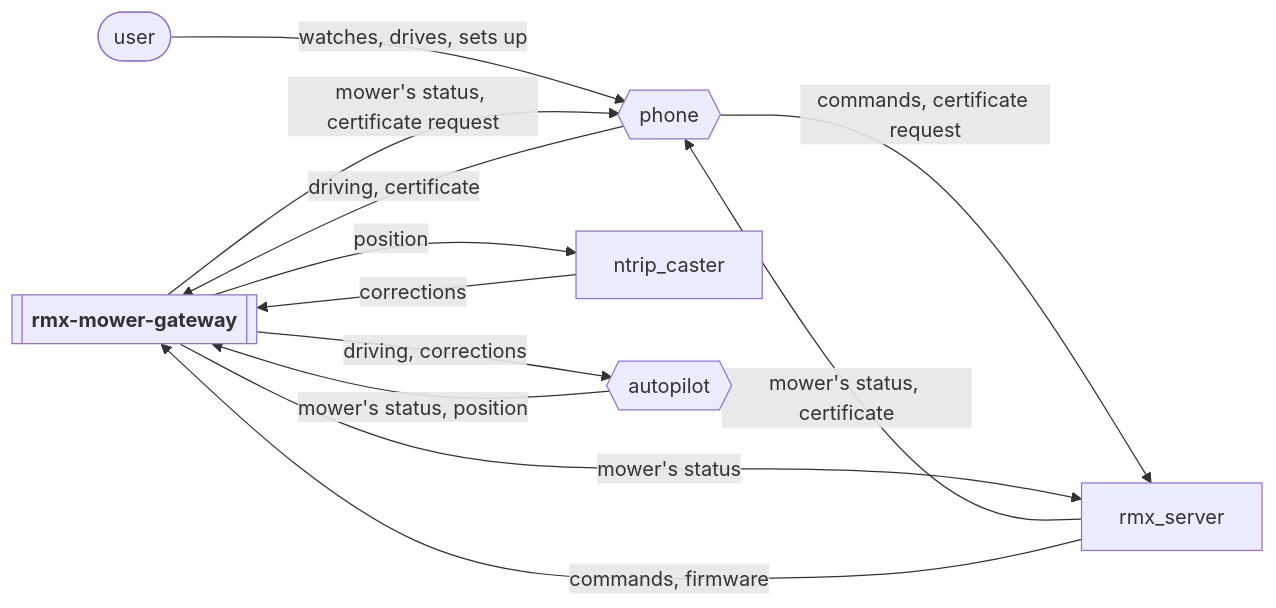
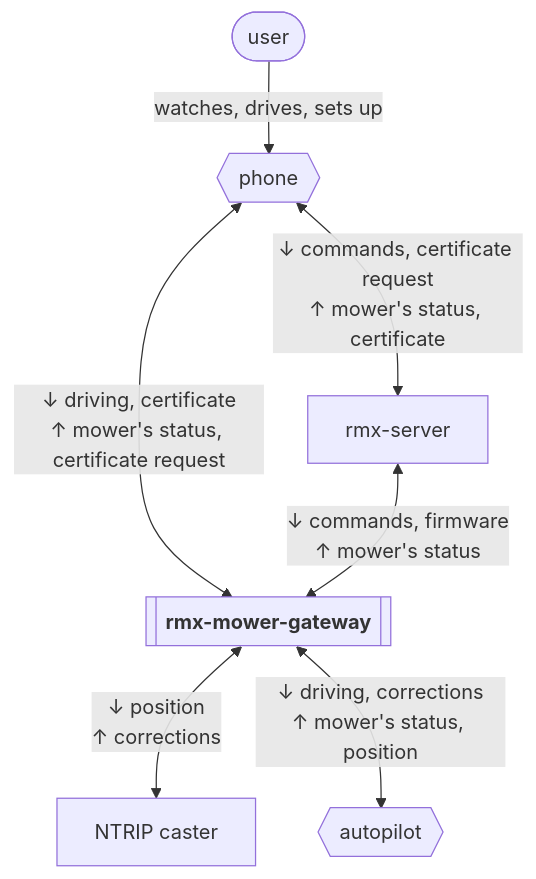
The first of 6 diagrams in .esp-architecture/diagrams/diagrams.md (rmx-lt/rmx-mower-gateway), drawn with Mermaid before and after one commit. The commit also changed 1 other file, not shown here.

Commit message:
Context diagram: top-down layout and display names (#127)

````diff
--- a/.esp-architecture/diagrams/diagrams.md
+++ b/.esp-architecture/diagrams/diagrams.md
@@ -7,20 +7,15 @@
 ```mermaid
-flowchart LR
+flowchart TD
   n_system[["<b>rmx-mower-gateway</b>"]]
   n_user(["user"])
   n_phone{{"phone"}}
-  n_rmx_server["rmx_server"]
-  n_ntrip_caster["ntrip_caster"]
+  n_rmx_server["rmx-server"]
+  n_ntrip_caster["NTRIP caster"]
   n_autopilot{{"autopilot"}}
   n_user -->|"watches, drives, sets up"| n_phone
-  n_phone -->|"commands, certificate request"| n_rmx_server
-  n_rmx_server -->|"mower's status, certificate"| n_phone
-  n_phone -->|"driving, certificate"| n_system
-  n_system -->|"mower's status, certificate request"| n_phone
-  n_system -->|"mower's status"| n_rmx_server
-  n_rmx_server -->|"commands, firmware"| n_system
-  n_system -->|"position"| n_ntrip_caster
-  n_ntrip_caster -->|"corrections"| n_system
-  n_system -->|"driving, corrections"| n_autopilot
-  n_autopilot -->|"mower's status, position"| n_system
+  n_phone <-->|"↓ commands, certificate request<br/>↑ mower's status, certificate"| n_rmx_server
+  n_phone <-->|"↓ driving, certificate<br/>↑ mower's status, certificate request"| n_system
+  n_rmx_server <-->|"↓ commands, firmware<br/>↑ mower's status"| n_system
+  n_system <-->|"↓ position<br/>↑ corrections"| n_ntrip_caster
+  n_system <-->|"↓ driving, corrections<br/>↑ mower's status, position"| n_autopilot
 ```
````
